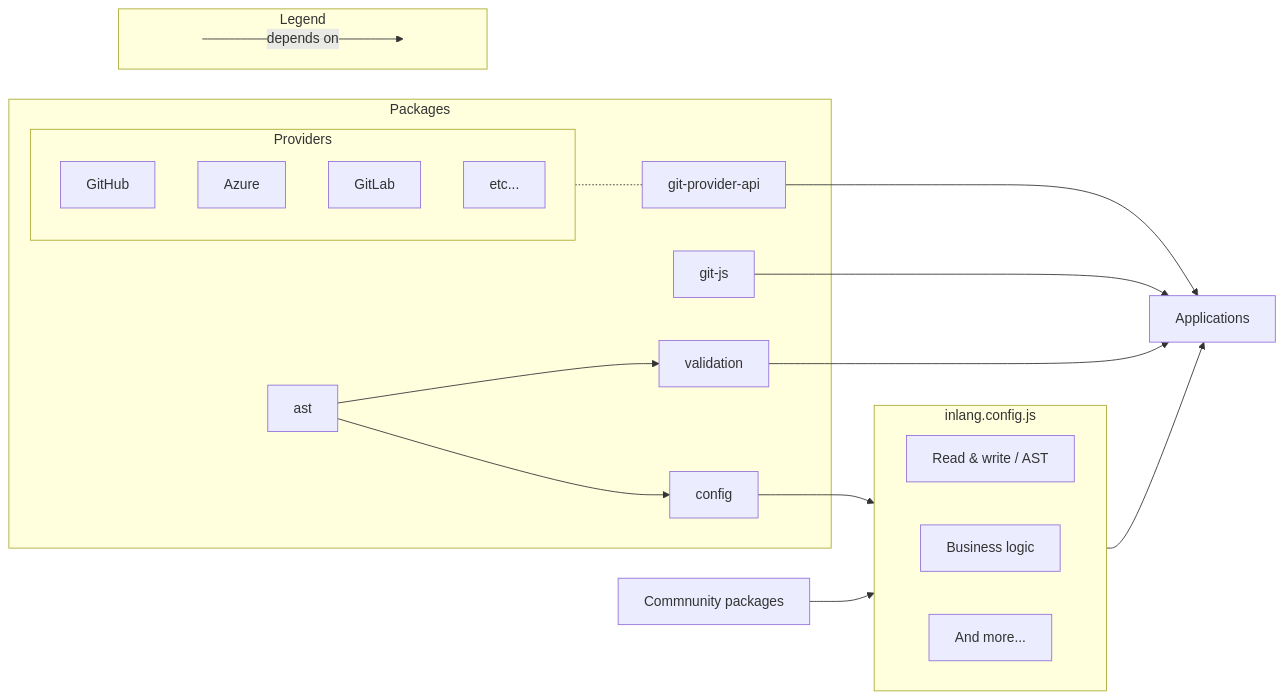
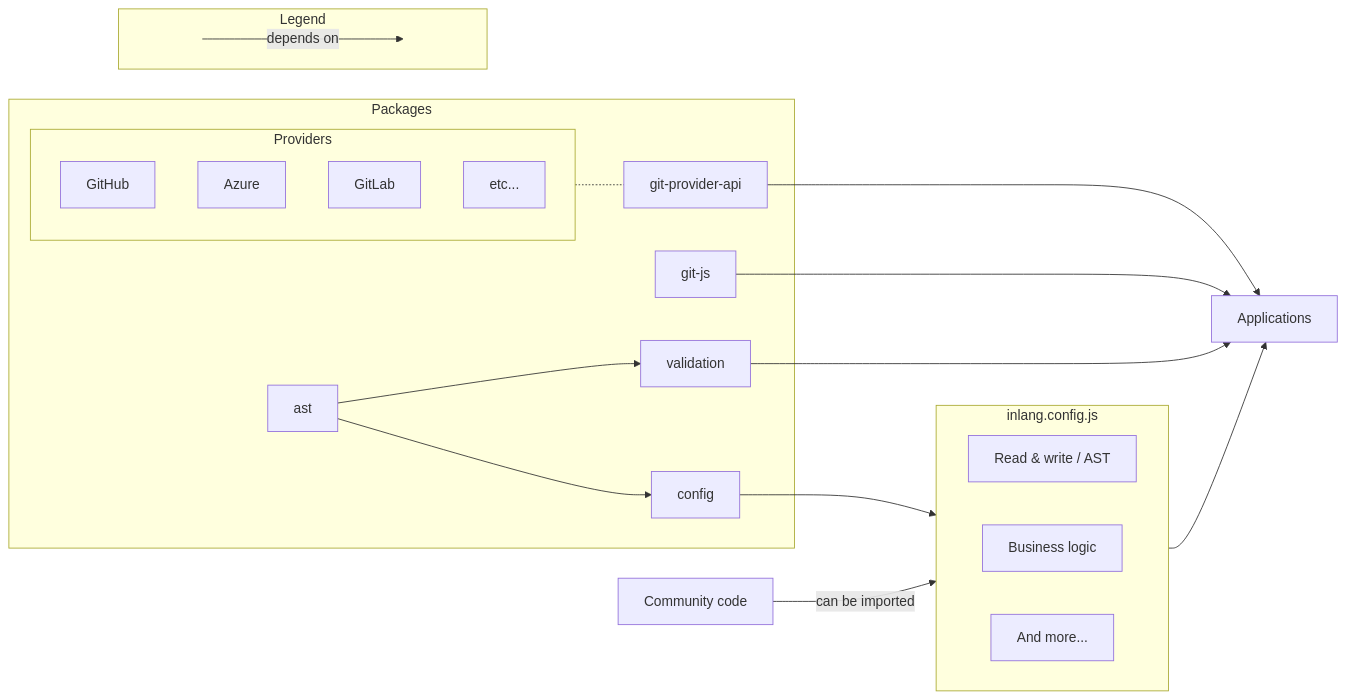
Before and after one commit to opral/monorepo: the fourth of 4 diagrams in rfcs/001-foundational-architecture.md, drawn with Mermaid.

````diff
--- a/rfcs/001-foundational-architecture.md
+++ b/rfcs/001-foundational-architecture.md
@@ -447,38 +447,38 @@
 ```mermaid
 flowchart LR
     Applications
     subgraph Packages
         subgraph Providers
                 GitHub
                 Azure
                 GitLab
                 Other[etc...]
         end
         Providers-.-Host
         git[git-js]
         Host[git-provider-api]
         validation
         ast
         config
     end
     subgraph Legend
         direction LR
         start1[ ] --->|depends on| stop1[ ]
         style start1 height:0px;
         style stop1 height:0px;
     end
     subgraph External[inlang.config.js]
         direction LR
         Parsing[Read & write / AST]
         Workflow[Business logic]
         Other2[And more...]
     end
-    Community[Commnunity packages]-->External
+    Community[Community code]-->|can be imported|External
     config-->External
     External-->Applications
     Host-->Applications
     validation-->Applications
     git-->Applications
     ast-->config
     ast-->validation
 ```
````
